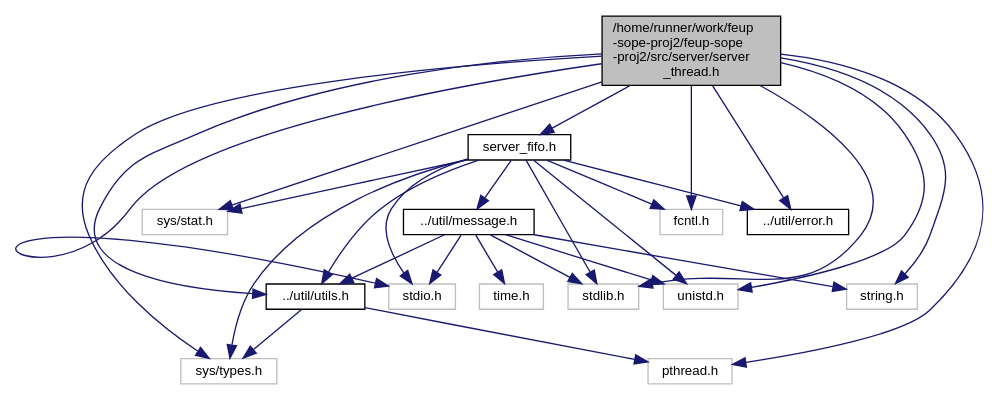
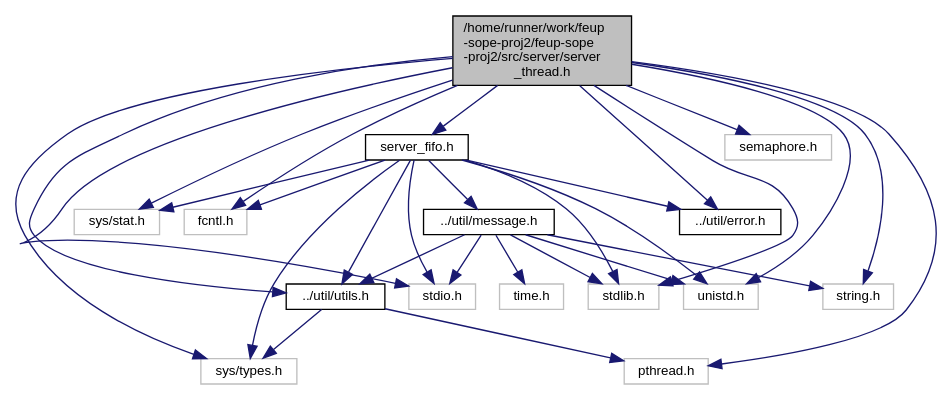
The diagram in server__thread_8h__incl.dot (ctrlMarcio/feup-sope-proj2), drawn with Graphviz before and after one commit. The commit also changed 14 other files, not shown here.

```diff
--- a/server__thread_8h__incl.dot
+++ b/server__thread_8h__incl.dot
@@ -1,47 +1,49 @@
 digraph "/home/runner/work/feup-sope-proj2/feup-sope-proj2/src/server/server_thread.h"
 {
   edge [fontname="Helvetica",fontsize="10",labelfontname="Helvetica",labelfontsize="10"];
   node [fontname="Helvetica",fontsize="10",shape=record];
   Node0 [label="/home/runner/work/feup\l-sope-proj2/feup-sope\l-proj2/src/server/server\l_thread.h",height=0.2,width=0.4,color="black", fillcolor="grey75", style="filled", fontcolor="black"];
   Node0 -> Node1 [color="midnightblue",fontsize="10",style="solid",fontname="Helvetica"];
   Node1 [label="stdio.h",height=0.2,width=0.4,color="grey75", fillcolor="white", style="filled"];
   Node0 -> Node2 [color="midnightblue",fontsize="10",style="solid",fontname="Helvetica"];
   Node2 [label="stdlib.h",height=0.2,width=0.4,color="grey75", fillcolor="white", style="filled"];
   Node0 -> Node3 [color="midnightblue",fontsize="10",style="solid",fontname="Helvetica"];
   Node3 [label="sys/types.h",height=0.2,width=0.4,color="grey75", fillcolor="white", style="filled"];
   Node0 -> Node4 [color="midnightblue",fontsize="10",style="solid",fontname="Helvetica"];
   Node4 [label="sys/stat.h",height=0.2,width=0.4,color="grey75", fillcolor="white", style="filled"];
   Node0 -> Node5 [color="midnightblue",fontsize="10",style="solid",fontname="Helvetica"];
   Node5 [label="unistd.h",height=0.2,width=0.4,color="grey75", fillcolor="white", style="filled"];
   Node0 -> Node6 [color="midnightblue",fontsize="10",style="solid",fontname="Helvetica"];
   Node6 [label="string.h",height=0.2,width=0.4,color="grey75", fillcolor="white", style="filled"];
   Node0 -> Node7 [color="midnightblue",fontsize="10",style="solid",fontname="Helvetica"];
   Node7 [label="pthread.h",height=0.2,width=0.4,color="grey75", fillcolor="white", style="filled"];
   Node0 -> Node8 [color="midnightblue",fontsize="10",style="solid",fontname="Helvetica"];
   Node8 [label="fcntl.h",height=0.2,width=0.4,color="grey75", fillcolor="white", style="filled"];
   Node0 -> Node9 [color="midnightblue",fontsize="10",style="solid",fontname="Helvetica"];
-  Node9 [label="server_fifo.h",height=0.2,width=0.4,color="black", fillcolor="white", style="filled",URL="$server__fifo_8h.html",tooltip="Methods related to FIFO handling. "];
-  Node9 -> Node1 [color="midnightblue",fontsize="10",style="solid",fontname="Helvetica"];
-  Node9 -> Node2 [color="midnightblue",fontsize="10",style="solid",fontname="Helvetica"];
-  Node9 -> Node3 [color="midnightblue",fontsize="10",style="solid",fontname="Helvetica"];
-  Node9 -> Node4 [color="midnightblue",fontsize="10",style="solid",fontname="Helvetica"];
-  Node9 -> Node5 [color="midnightblue",fontsize="10",style="solid",fontname="Helvetica"];
-  Node9 -> Node8 [color="midnightblue",fontsize="10",style="solid",fontname="Helvetica"];
-  Node9 -> Node10 [color="midnightblue",fontsize="10",style="solid",fontname="Helvetica"];
-  Node10 [label="../util/error.h",height=0.2,width=0.4,color="black", fillcolor="white", style="filled",URL="$error_8h.html",tooltip="Defines the possible errors. "];
-  Node9 -> Node11 [color="midnightblue",fontsize="10",style="solid",fontname="Helvetica"];
-  Node11 [label="../util/utils.h",height=0.2,width=0.4,color="black", fillcolor="white", style="filled",URL="$utils_8h.html",tooltip="Provides useful functions, macros and constants. "];
-  Node11 -> Node3 [color="midnightblue",fontsize="10",style="solid",fontname="Helvetica"];
-  Node11 -> Node7 [color="midnightblue",fontsize="10",style="solid",fontname="Helvetica"];
-  Node9 -> Node12 [color="midnightblue",fontsize="10",style="solid",fontname="Helvetica"];
-  Node12 [label="../util/message.h",height=0.2,width=0.4,color="black", fillcolor="white", style="filled",URL="$message_8h.html",tooltip="Standard output and error message handling. "];
-  Node12 -> Node1 [color="midnightblue",fontsize="10",style="solid",fontname="Helvetica"];
-  Node12 -> Node2 [color="midnightblue",fontsize="10",style="solid",fontname="Helvetica"];
-  Node12 -> Node5 [color="midnightblue",fontsize="10",style="solid",fontname="Helvetica"];
-  Node12 -> Node13 [color="midnightblue",fontsize="10",style="solid",fontname="Helvetica"];
-  Node13 [label="time.h",height=0.2,width=0.4,color="grey75", fillcolor="white", style="filled"];
-  Node12 -> Node6 [color="midnightblue",fontsize="10",style="solid",fontname="Helvetica"];
-  Node12 -> Node11 [color="midnightblue",fontsize="10",style="solid",fontname="Helvetica"];
+  Node9 [label="semaphore.h",height=0.2,width=0.4,color="grey75", fillcolor="white", style="filled"];
   Node0 -> Node10 [color="midnightblue",fontsize="10",style="solid",fontname="Helvetica"];
+  Node10 [label="server_fifo.h",height=0.2,width=0.4,color="black", fillcolor="white", style="filled",URL="$server__fifo_8h.html",tooltip="Methods related to FIFO handling. "];
+  Node10 -> Node1 [color="midnightblue",fontsize="10",style="solid",fontname="Helvetica"];
+  Node10 -> Node2 [color="midnightblue",fontsize="10",style="solid",fontname="Helvetica"];
+  Node10 -> Node3 [color="midnightblue",fontsize="10",style="solid",fontname="Helvetica"];
+  Node10 -> Node4 [color="midnightblue",fontsize="10",style="solid",fontname="Helvetica"];
+  Node10 -> Node5 [color="midnightblue",fontsize="10",style="solid",fontname="Helvetica"];
+  Node10 -> Node8 [color="midnightblue",fontsize="10",style="solid",fontname="Helvetica"];
+  Node10 -> Node11 [color="midnightblue",fontsize="10",style="solid",fontname="Helvetica"];
+  Node11 [label="../util/error.h",height=0.2,width=0.4,color="black", fillcolor="white", style="filled",URL="$error_8h.html",tooltip="Defines the possible errors. "];
+  Node10 -> Node12 [color="midnightblue",fontsize="10",style="solid",fontname="Helvetica"];
+  Node12 [label="../util/utils.h",height=0.2,width=0.4,color="black", fillcolor="white", style="filled",URL="$utils_8h.html",tooltip="Provides useful functions, macros and constants. "];
+  Node12 -> Node3 [color="midnightblue",fontsize="10",style="solid",fontname="Helvetica"];
+  Node12 -> Node7 [color="midnightblue",fontsize="10",style="solid",fontname="Helvetica"];
+  Node10 -> Node13 [color="midnightblue",fontsize="10",style="solid",fontname="Helvetica"];
+  Node13 [label="../util/message.h",height=0.2,width=0.4,color="black", fillcolor="white", style="filled",URL="$message_8h.html",tooltip="Standard output and error message handling. "];
+  Node13 -> Node1 [color="midnightblue",fontsize="10",style="solid",fontname="Helvetica"];
+  Node13 -> Node2 [color="midnightblue",fontsize="10",style="solid",fontname="Helvetica"];
+  Node13 -> Node5 [color="midnightblue",fontsize="10",style="solid",fontname="Helvetica"];
+  Node13 -> Node14 [color="midnightblue",fontsize="10",style="solid",fontname="Helvetica"];
+  Node14 [label="time.h",height=0.2,width=0.4,color="grey75", fillcolor="white", style="filled"];
+  Node13 -> Node6 [color="midnightblue",fontsize="10",style="solid",fontname="Helvetica"];
+  Node13 -> Node12 [color="midnightblue",fontsize="10",style="solid",fontname="Helvetica"];
   Node0 -> Node11 [color="midnightblue",fontsize="10",style="solid",fontname="Helvetica"];
+  Node0 -> Node12 [color="midnightblue",fontsize="10",style="solid",fontname="Helvetica"];
 }
```
